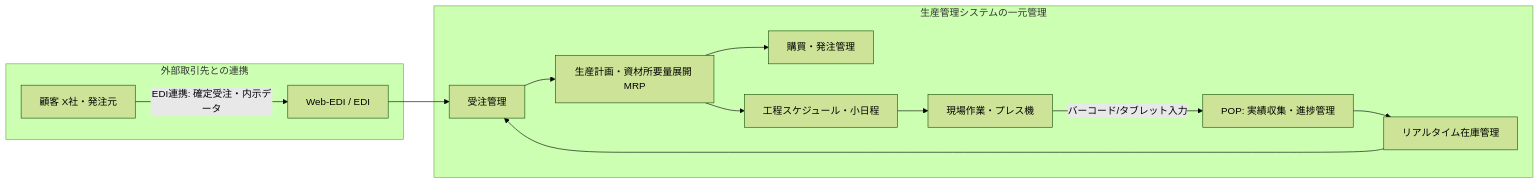
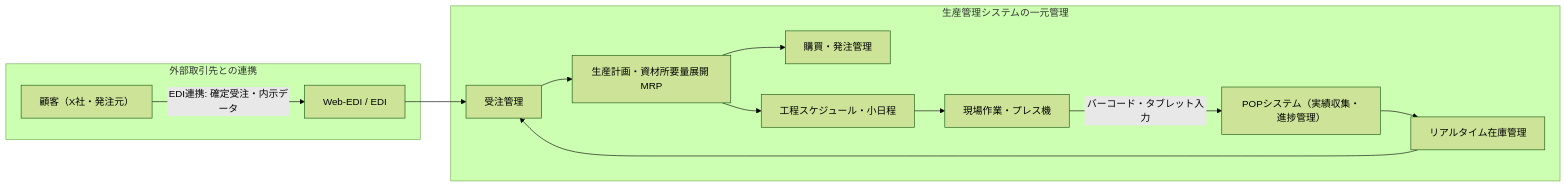
One commit to KozyK/sme_study_2026 changed the third of 3 diagrams in study_materials/jirei3_2022_mastery.md. Above: the diagram before and after it, drawn with Mermaid (forest theme). The commit also changed other lines of this file and 1 other file, not shown here.

Commit message:
fix: Mermaid記法のコロン・記号クォート化によるSyntax Error修正

````diff
--- a/study_materials/jirei3_2022_mastery.md
+++ b/study_materials/jirei3_2022_mastery.md
@@ -191,17 +195,17 @@
 ```mermaid
 graph LR
     subgraph 外部取引先との連携
-        Customer[顧客 X社・発注元] -->|EDI連携: 確定受注・内示データ| EDI[Web-EDI / EDI]
+        Customer["顧客（X社・発注元）"] -->|EDI連携: 確定受注・内示データ| EDI["Web-EDI / EDI"]
     end
 
     subgraph 生産管理システムの一元管理
-        EDI --> Order[受注管理]
-        Order --> MRP[生産計画・資材所要量展開 MRP]
-        MRP --> Purchasing[購買・発注管理]
-        MRP --> Schedule[工程スケジュール・小日程]
-        Schedule --> ShopFloor[現場作業・プレス機]
-        ShopFloor -->|バーコード/タブレット入力| POP[POP: 実績収集・進捗管理]
-        POP --> Inventory[リアルタイム在庫管理]
+        EDI --> Order["受注管理"]
+        Order --> MRP["生産計画・資材所要量展開 MRP"]
+        MRP --> Purchasing["購買・発注管理"]
+        MRP --> Schedule["工程スケジュール・小日程"]
+        Schedule --> ShopFloor["現場作業・プレス機"]
+        ShopFloor -->|バーコード・タブレット入力| POP["POPシステム（実績収集・進捗管理）"]
+        POP --> Inventory["リアルタイム在庫管理"]
         Inventory --> Order
     end
 ```
````
